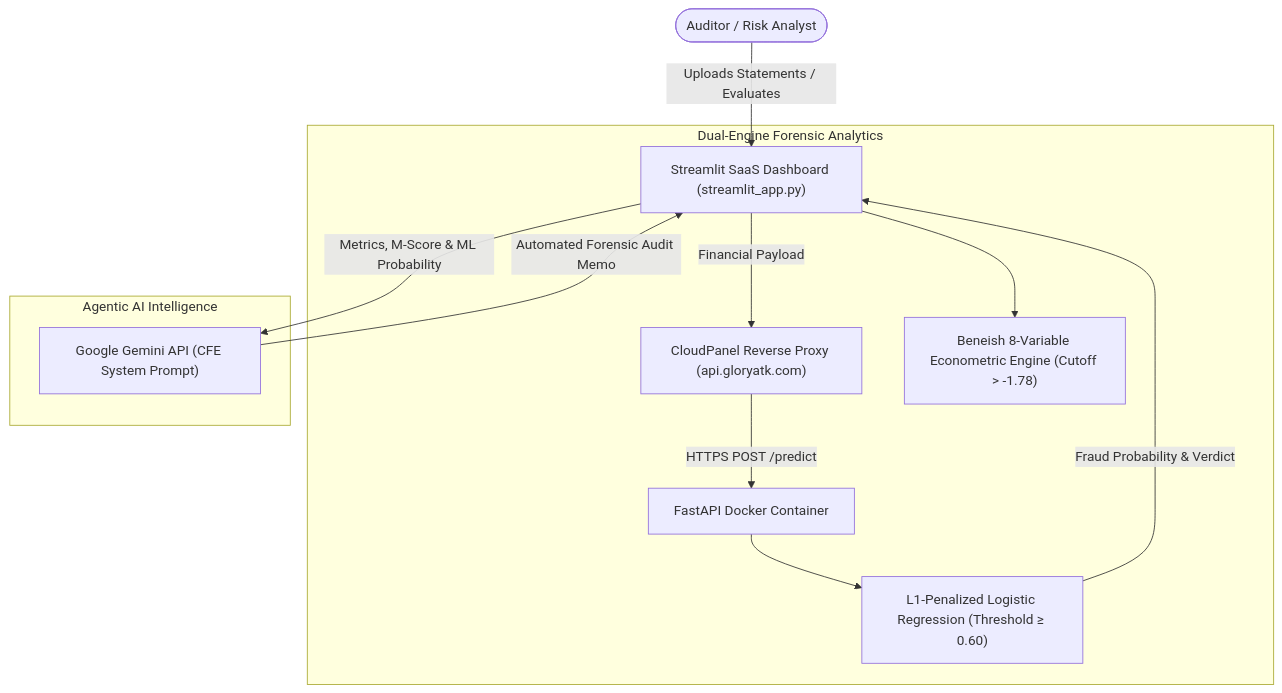
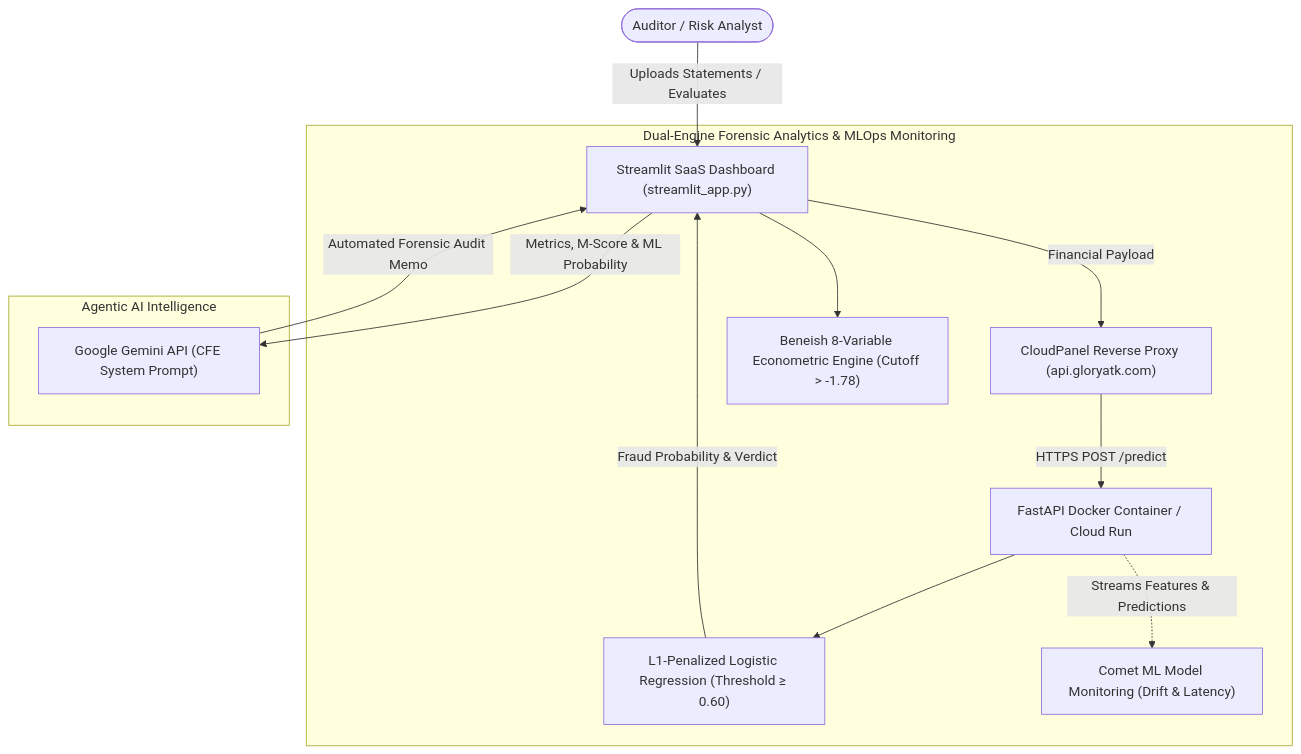
Before and after one commit to Ipanpanpan/Financial-Statement-Fraud-Detection: the diagram in README.md, drawn with Mermaid. The commit also changed other lines of this file and 16 other files, not shown here.

First line of the commit message:
feat: Refactor financial fraud inference API with structured logging and Comet ML monitoring

````diff
--- a/README.md
+++ b/README.md
@@ -20,18 +20,19 @@
 ```mermaid
 flowchart TD
     User([Auditor / Risk Analyst]) -->|Uploads Statements / Evaluates| UI["Streamlit SaaS Dashboard (streamlit_app.py)"]
     
-    subgraph "Dual-Engine Forensic Analytics"
+    subgraph "Dual-Engine Forensic Analytics & MLOps Monitoring"
         UI -->|Financial Payload| Proxy["CloudPanel Reverse Proxy (api.gloryatk.com)"]
-        Proxy -->|HTTPS POST /predict| API["FastAPI Docker Container"]
+        Proxy -->|HTTPS POST /predict| API["FastAPI Docker Container / Cloud Run"]
         API --> Model["L1-Penalized Logistic Regression (Threshold ≥ 0.60)"]
         Model -->|Fraud Probability & Verdict| UI
+        API -.->|Streams Features & Predictions| Comet["Comet ML Model Monitoring (Drift & Latency)"]
         
         UI --> Beneish["Beneish 8-Variable Econometric Engine (Cutoff > -1.78)"]
     end
     
     subgraph "Agentic AI Intelligence"
         UI -->|Metrics, M-Score & ML Probability| Gemini["Google Gemini API (CFE System Prompt)"]
         Gemini -->|Automated Forensic Audit Memo| UI
     end
 ```
````
